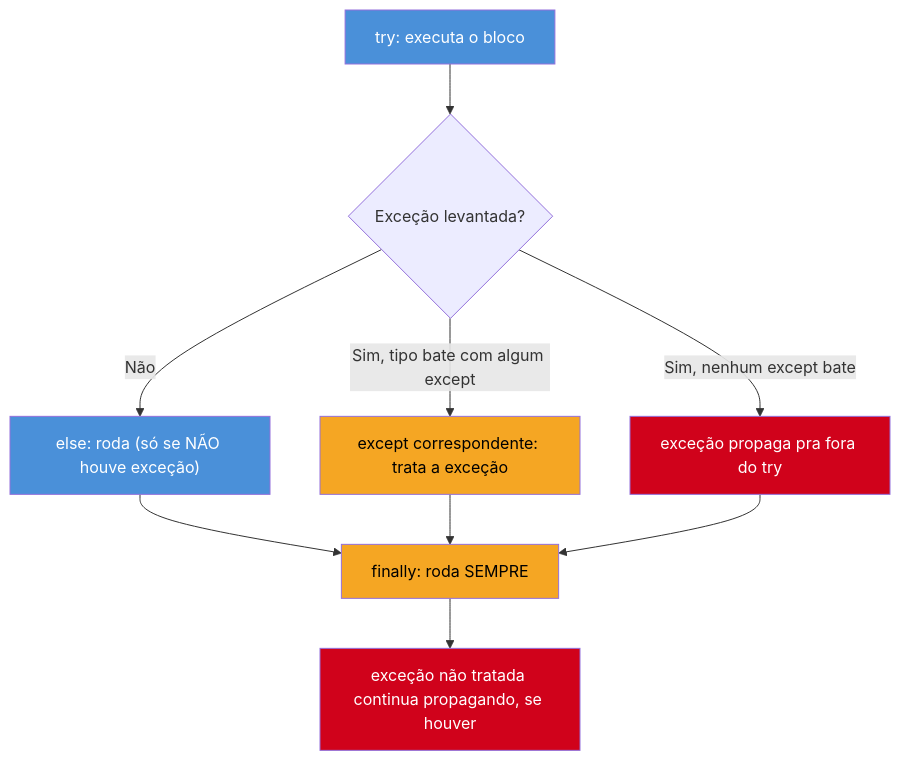
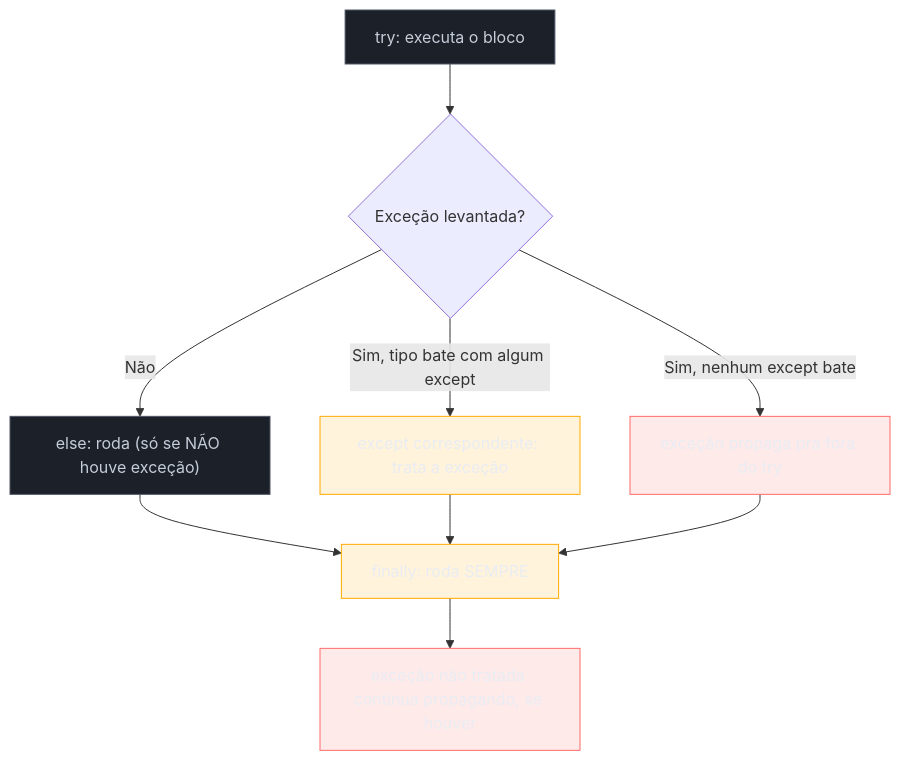
The first of 2 diagrams in 03-Dominios/Tecnologia/Python/Core/08 - Erros e exceções.md (josenaldo/codex-technomanticus), drawn with Mermaid before and after one commit. The commit also changed other lines of this file and 1181 other files, not shown here.

First line of the commit message:
fix(diagramas): paleta do sistema no lugar de cor cravada no markdown

````diff
--- a/03-Dominios/Tecnologia/Python/Core/08 - Erros e exceções.md
+++ b/03-Dominios/Tecnologia/Python/Core/08 - Erros e exceções.md
@@ -101,18 +101,21 @@
 ```mermaid
 flowchart TB
+    classDef neutro fill:#1B2029,stroke:#4E5666,color:#C6CCD8
+    classDef destaque fill:#FFAA0024,stroke:#FFAA00,color:#E9ECF2
+    classDef falha fill:#FF6B6B24,stroke:#FF6B6B,color:#E9ECF2
     A["try: executa o bloco"] --> B{"Exceção levantada?"}
     B -- "Não" --> C["else: roda (só se NÃO houve exceção)"]
     B -- "Sim, tipo bate com algum except" --> D["except correspondente: trata a exceção"]
     B -- "Sim, nenhum except bate" --> E["exceção propaga pra fora do try"]
     C --> F["finally: roda SEMPRE"]
     D --> F
     E --> F
     F --> G["exceção não tratada continua propagando, se houver"]
 
-    style A fill:#4A90D9,color:#fff
-    style C fill:#4A90D9,color:#fff
-    style D fill:#F5A623,color:#000
-    style E fill:#D0021B,color:#fff
-    style F fill:#F5A623,color:#000
-    style G fill:#D0021B,color:#fff
+    class A neutro
+    class C neutro
+    class D destaque
+    class E falha
+    class F destaque
+    class G falha
 ```
````
